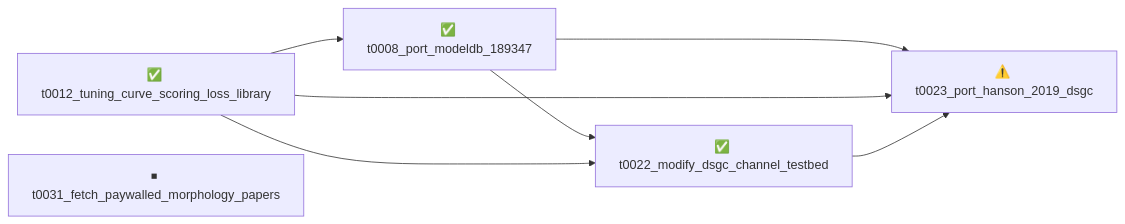
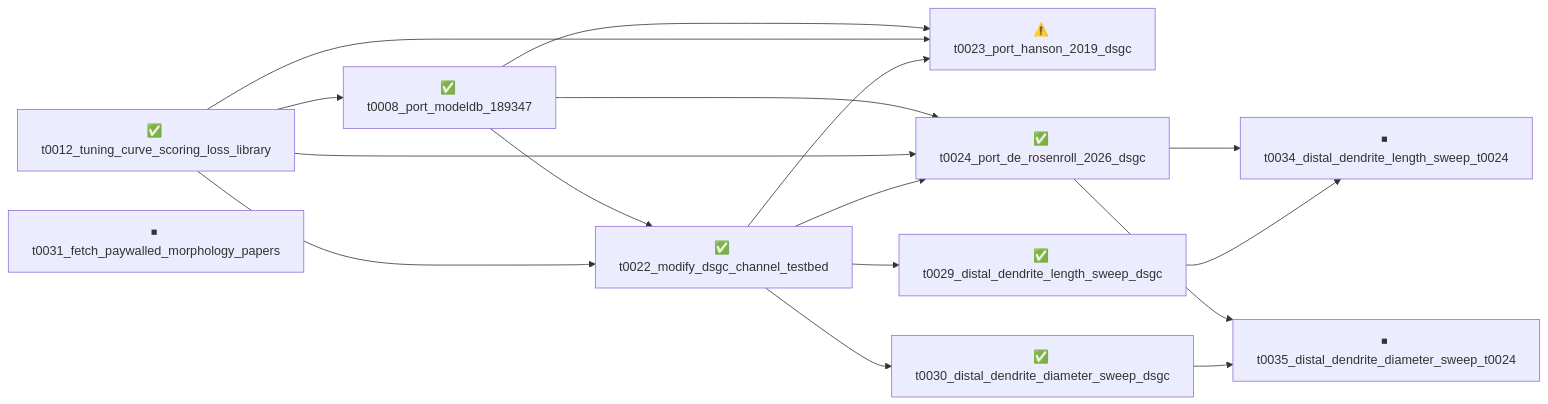
One commit to tonza17/neuron-channels changed the diagram in overview/tasks/README.md. Above: the diagram before and after it, drawn with Mermaid. The commit also changed other lines of this file and 33 other files, not shown here.

````diff
--- a/overview/tasks/README.md
+++ b/overview/tasks/README.md
@@ -13,15 +13,29 @@
 ```mermaid
 graph LR
     t0008_port_modeldb_189347["✅ t0008_port_modeldb_189347"]
     t0012_tuning_curve_scoring_loss_library["✅ t0012_tuning_curve_scoring_loss_library"]
     t0022_modify_dsgc_channel_testbed["✅ t0022_modify_dsgc_channel_testbed"]
     t0023_port_hanson_2019_dsgc["⚠️ t0023_port_hanson_2019_dsgc"]
+    t0024_port_de_rosenroll_2026_dsgc["✅ t0024_port_de_rosenroll_2026_dsgc"]
+    t0029_distal_dendrite_length_sweep_dsgc["✅ t0029_distal_dendrite_length_sweep_dsgc"]
+    t0030_distal_dendrite_diameter_sweep_dsgc["✅ t0030_distal_dendrite_diameter_sweep_dsgc"]
     t0031_fetch_paywalled_morphology_papers["⏹ t0031_fetch_paywalled_morphology_papers"]
+    t0034_distal_dendrite_length_sweep_t0024["⏹ t0034_distal_dendrite_length_sweep_t0024"]
+    t0035_distal_dendrite_diameter_sweep_t0024["⏹ t0035_distal_dendrite_diameter_sweep_t0024"]
 
     t0012_tuning_curve_scoring_loss_library --> t0008_port_modeldb_189347
     t0008_port_modeldb_189347 --> t0022_modify_dsgc_channel_testbed
     t0012_tuning_curve_scoring_loss_library --> t0022_modify_dsgc_channel_testbed
     t0008_port_modeldb_189347 --> t0023_port_hanson_2019_dsgc
     t0012_tuning_curve_scoring_loss_library --> t0023_port_hanson_2019_dsgc
     t0022_modify_dsgc_channel_testbed --> t0023_port_hanson_2019_dsgc
+    t0008_port_modeldb_189347 --> t0024_port_de_rosenroll_2026_dsgc
+    t0012_tuning_curve_scoring_loss_library --> t0024_port_de_rosenroll_2026_dsgc
+    t0022_modify_dsgc_channel_testbed --> t0024_port_de_rosenroll_2026_dsgc
+    t0022_modify_dsgc_channel_testbed --> t0029_distal_dendrite_length_sweep_dsgc
+    t0022_modify_dsgc_channel_testbed --> t0030_distal_dendrite_diameter_sweep_dsgc
+    t0024_port_de_rosenroll_2026_dsgc --> t0034_distal_dendrite_length_sweep_t0024
+    t0029_distal_dendrite_length_sweep_dsgc --> t0034_distal_dendrite_length_sweep_t0024
+    t0024_port_de_rosenroll_2026_dsgc --> t0035_distal_dendrite_diameter_sweep_t0024
+    t0030_distal_dendrite_diameter_sweep_dsgc --> t0035_distal_dendrite_diameter_sweep_t0024
 ```
````
